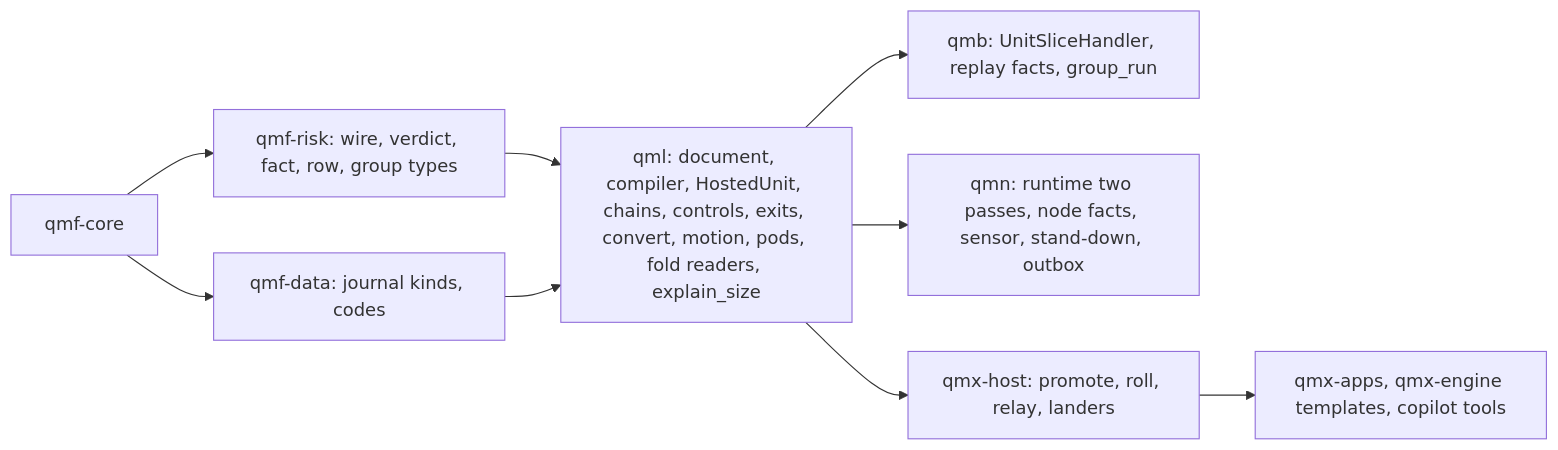
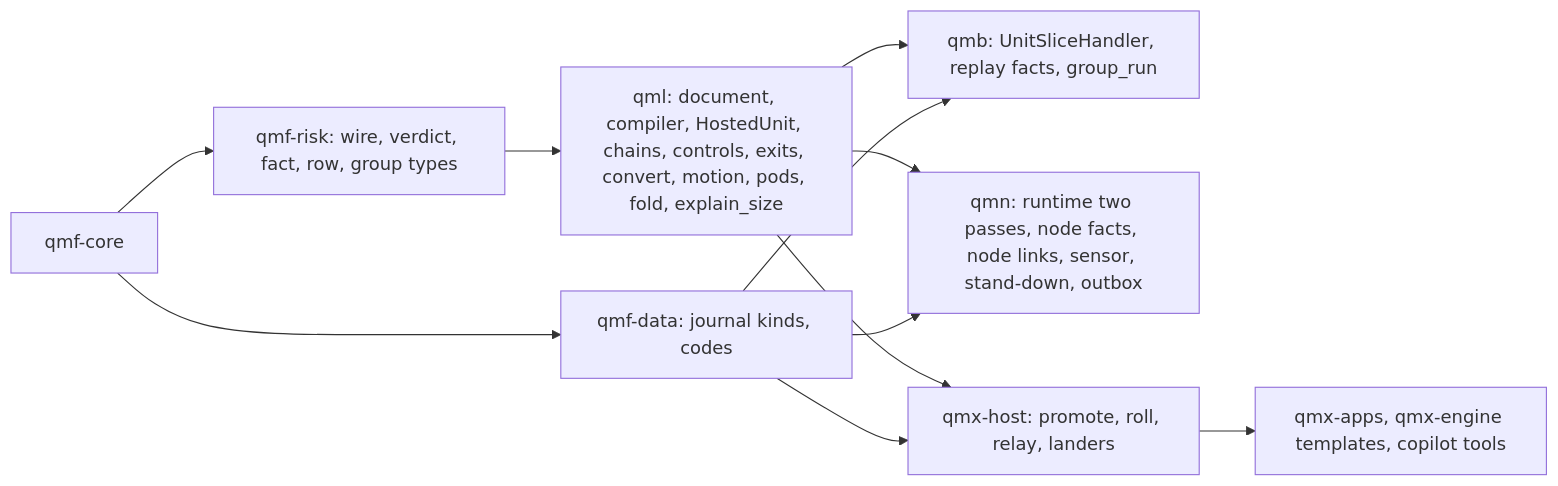
One commit to mubarakhimself-byte/QMX changed the second of 2 diagrams in tracker/risk-core/round-2/arch/final/SPINE.md. Above: the diagram before and after it, drawn with Mermaid. The commit also changed other lines of this file and 5 other files, not shown here.

Commit message:
risk-core: round two final fix round; nine blockers closed in contract, slice and test

````diff
--- a/tracker/risk-core/round-2/arch/final/SPINE.md
+++ b/tracker/risk-core/round-2/arch/final/SPINE.md
@@ -198,11 +214,13 @@
 ```mermaid
 flowchart LR
   CORE["qmf-core"] --> RISK["qmf-risk: wire, verdict, fact, row, group types"]
   CORE --> DATA["qmf-data: journal kinds, codes"]
-  RISK --> QML["qml: document, compiler, HostedUnit, chains, controls, exits, convert, motion, pods, fold readers, explain_size"]
-  DATA --> QML
+  RISK --> QML["qml: document, compiler, HostedUnit, chains, controls, exits, convert, motion, pods, fold, explain_size"]
   QML --> QMB["qmb: UnitSliceHandler, replay facts, group_run"]
-  QML --> QMN["qmn: runtime two passes, node facts, sensor, stand-down, outbox"]
+  QML --> QMN["qmn: runtime two passes, node facts, node links, sensor, stand-down, outbox"]
   QML --> HOST["qmx-host: promote, roll, relay, landers"]
+  DATA --> QMB
+  DATA --> QMN
+  DATA --> HOST
   HOST --> APPS["qmx-apps, qmx-engine templates, copilot tools"]
 ```
````
